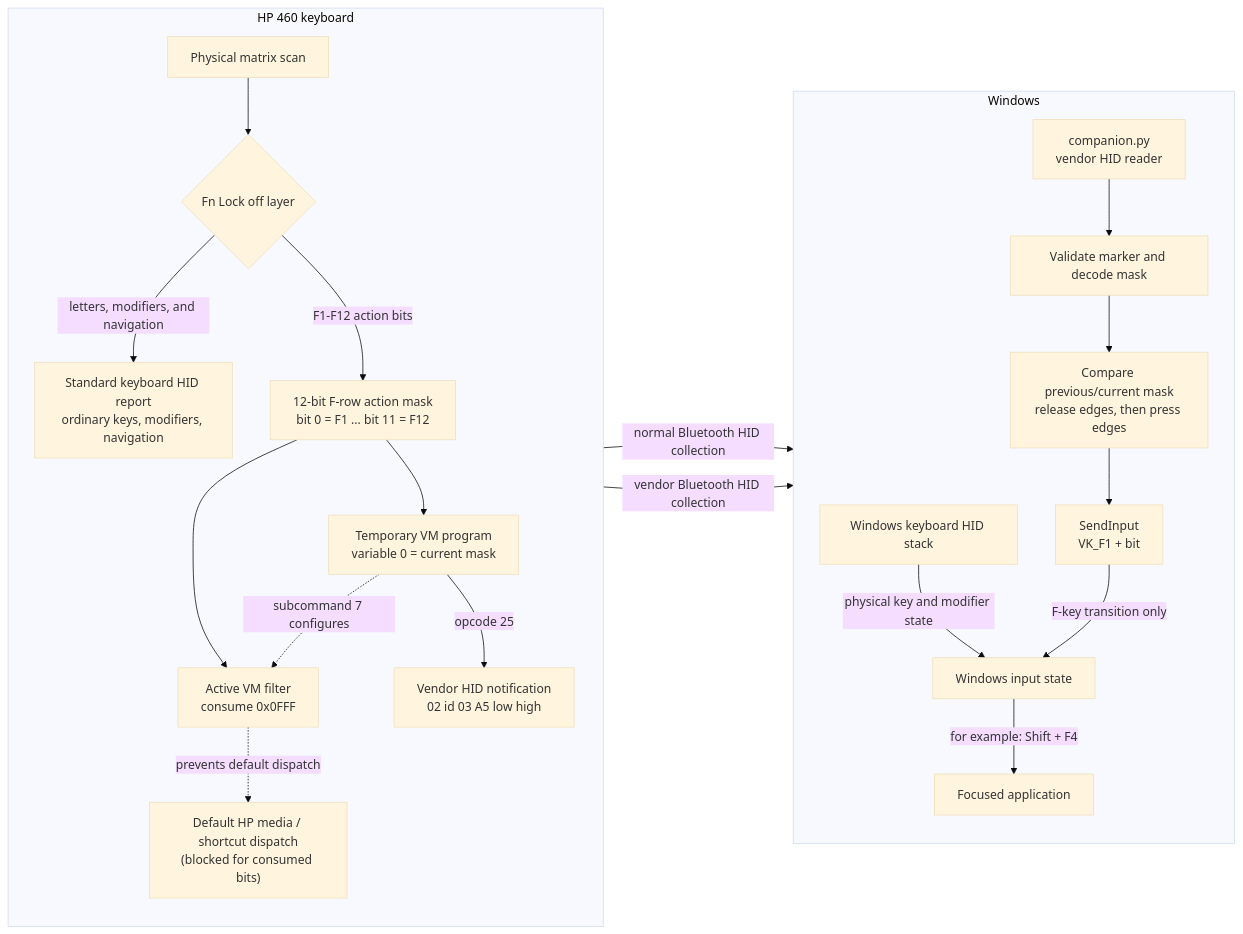
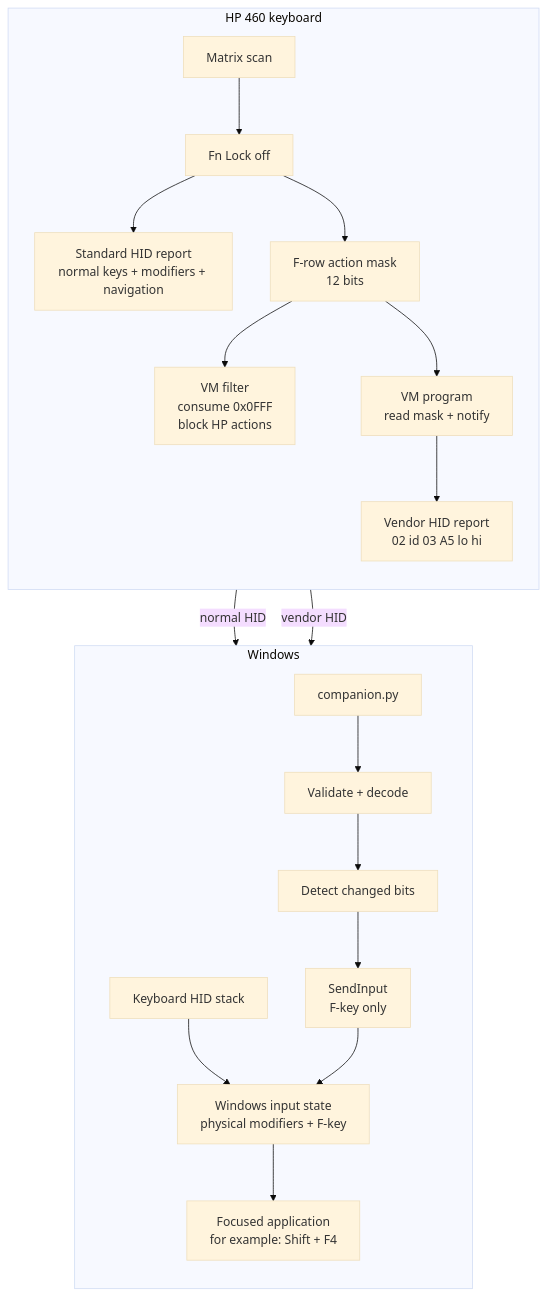
The diagram in README.md (itlezy/hp-460-keyboard-remapper), drawn with Mermaid (base theme) before and after one commit.

Commit message:
Make the input flow diagram compact

````diff
--- a/README.md
+++ b/README.md
@@ -24,42 +24,39 @@
 ```mermaid
-flowchart LR
+flowchart TB
     subgraph keyboard["HP 460 keyboard"]
         direction TB
-        matrix["Physical matrix scan"]
-        layer{"Fn Lock off layer"}
-        standard["Standard keyboard HID report<br/>ordinary keys, modifiers, navigation"]
-        mask["12-bit F-row action mask<br/>bit 0 = F1 ... bit 11 = F12"]
-        filter["Active VM filter<br/>consume 0x0FFF"]
-        defaults["Default HP media / shortcut dispatch<br/>(blocked for consumed bits)"]
-        vm["Temporary VM program<br/>variable 0 = current mask"]
-        notice["Vendor HID notification<br/>02 id 03 A5 low high"]
+        matrix["Matrix scan"]
+        layer["Fn Lock off"]
+        standard["Standard HID report<br/>normal keys + modifiers + navigation"]
+        mask["F-row action mask<br/>12 bits"]
+        filter["VM filter<br/>consume 0x0FFF<br/>block HP actions"]
+        vm["VM program<br/>read mask + notify"]
+        notice["Vendor HID report<br/>02 id 03 A5 lo hi"]
 
         matrix --> layer
-        layer -->|"letters, modifiers, and navigation"| standard
-        layer -->|"F1-F12 action bits"| mask
+        layer --> standard
+        layer --> mask
         mask --> filter
         mask --> vm
-        vm -. "subcommand 7 configures" .-> filter
-        filter -. "prevents default dispatch" .-> defaults
-        vm -->|"opcode 25"| notice
+        vm --> notice
     end
 
     subgraph windows["Windows"]
         direction TB
-        keyboard_stack["Windows keyboard HID stack"]
-        companion["companion.py<br/>vendor HID reader"]
-        decode["Validate marker and decode mask"]
-        edges["Compare previous/current mask<br/>release edges, then press edges"]
-        inject["SendInput<br/>VK_F1 + bit"]
-        state["Windows input state"]
-        app["Focused application"]
+        keyboard_stack["Keyboard HID stack"]
+        companion["companion.py"]
+        decode["Validate + decode"]
+        edges["Detect changed bits"]
+        inject["SendInput<br/>F-key only"]
+        state["Windows input state<br/>physical modifiers + F-key"]
+        app["Focused application<br/>for example: Shift + F4"]
 
         companion --> decode --> edges --> inject
-        keyboard_stack -->|"physical key and modifier state"| state
-        inject -->|"F-key transition only"| state
-        state -->|"for example: Shift + F4"| app
+        keyboard_stack --> state
+        inject --> state
+        state --> app
     end
 
-    standard -->|"normal Bluetooth HID collection"| keyboard_stack
-    notice -->|"vendor Bluetooth HID collection"| companion
+    standard -->|"normal HID"| keyboard_stack
+    notice -->|"vendor HID"| companion
 ```
````
